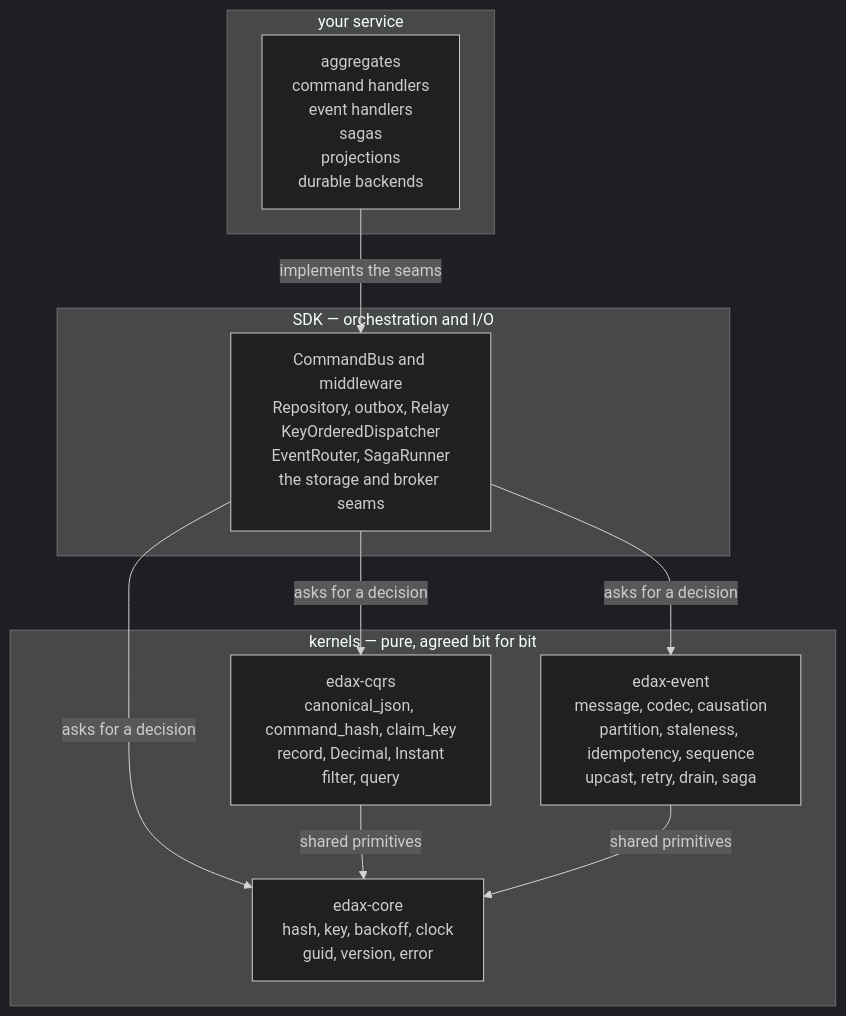
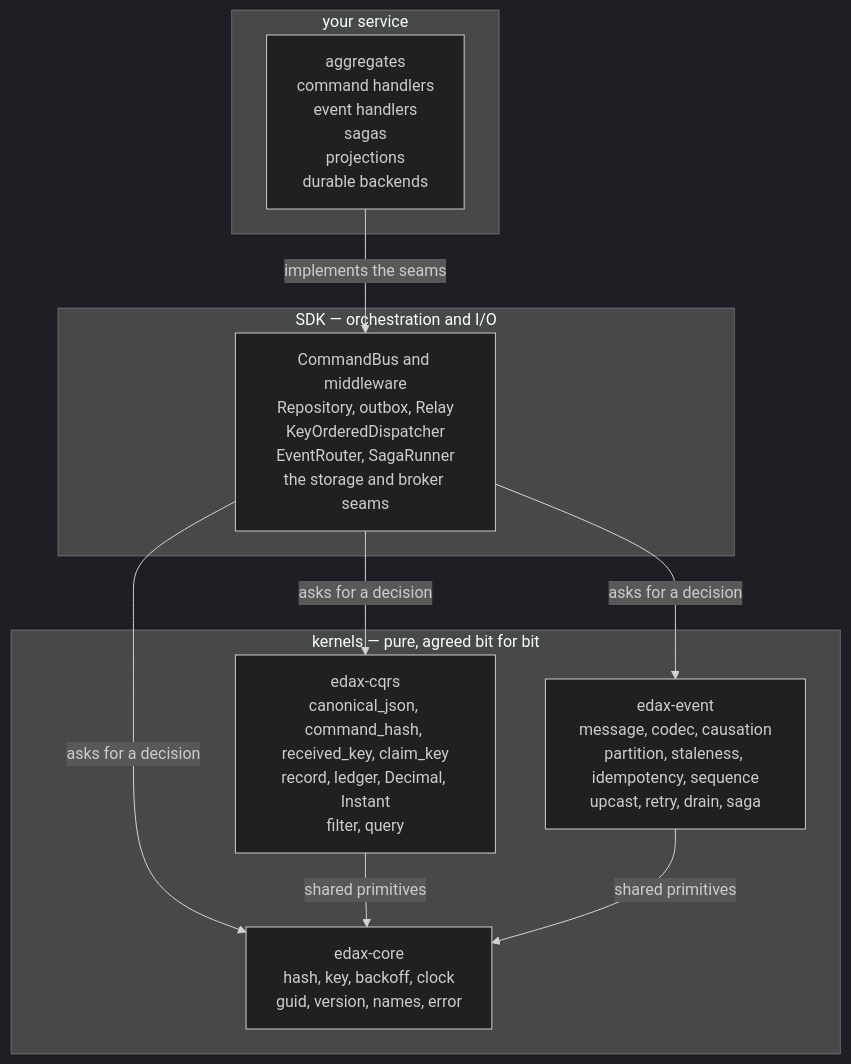
The first of 4 diagrams in docs/architecture.md (haskian/edax), drawn with Mermaid (dark theme) before and after one commit. The commit also changed other lines of this file and 154 other files, not shown here.

````diff
--- a/docs/architecture.md
+++ b/docs/architecture.md
@@ -15,23 +9,23 @@
 ```mermaid
 flowchart TB
     subgraph app["your service"]
         A["aggregates<br/>command handlers<br/>event handlers<br/>sagas<br/>projections<br/>durable backends"]
     end
 
     subgraph sdk["SDK — orchestration and I/O"]
         B["CommandBus and middleware<br/>Repository, outbox, Relay<br/>KeyOrderedDispatcher<br/>EventRouter, SagaRunner<br/>the storage and broker seams"]
     end
 
     subgraph kernels["kernels — pure, agreed bit for bit"]
-        C["edax-cqrs<br/>canonical_json, command_hash, claim_key<br/>record, Decimal, Instant<br/>filter, query"]
+        C["edax-cqrs<br/>canonical_json, command_hash, received_key, claim_key<br/>record, ledger, Decimal, Instant<br/>filter, query"]
         D["edax-event<br/>message, codec, causation<br/>partition, staleness, idempotency, sequence<br/>upcast, retry, drain, saga"]
-        E["edax-core<br/>hash, key, backoff, clock<br/>guid, version, error"]
+        E["edax-core<br/>hash, key, backoff, clock<br/>guid, version, names, error"]
     end
 
     A -->|"implements the seams"| B
     B -->|"asks for a decision"| C
     B -->|"asks for a decision"| D
     B -->|"asks for a decision"| E
     C -->|"shared primitives"| E
     D -->|"shared primitives"| E
 ```
````
